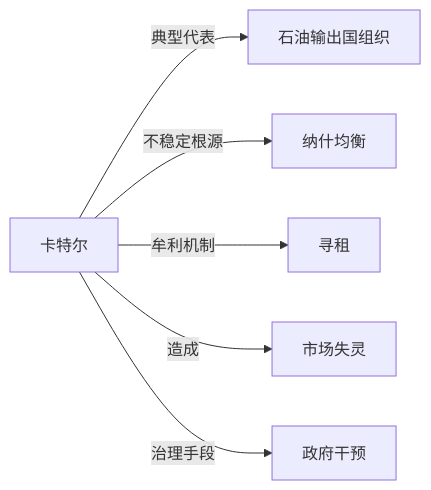
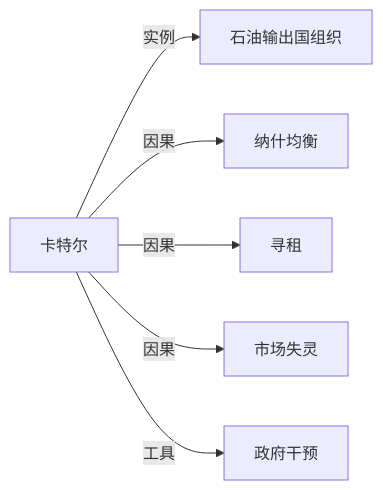
The diagram in Knowledge/Concepts/经济/卡特尔.md (KIMMCHOW/MyKnowledge), drawn with Mermaid before and after one commit. The commit also changed 95 other files, not shown here.

Commit message:
reorganize: 统一关系图边标签为11类

````diff
--- a/Knowledge/Concepts/经济/卡特尔.md
+++ b/Knowledge/Concepts/经济/卡特尔.md
@@ -45,8 +45,8 @@
 ```mermaid
 graph LR
-卡特尔 -->|典型代表| 石油输出国组织
-卡特尔 -->|不稳定根源| 纳什均衡
-卡特尔 -->|牟利机制| 寻租
-卡特尔 -->|造成| 市场失灵
-卡特尔 -->|治理手段| 政府干预
+卡特尔 -->|实例| 石油输出国组织
+卡特尔 -->|因果| 纳什均衡
+卡特尔 -->|因果| 寻租
+卡特尔 -->|因果| 市场失灵
+卡特尔 -->|工具| 政府干预
 ```
````
